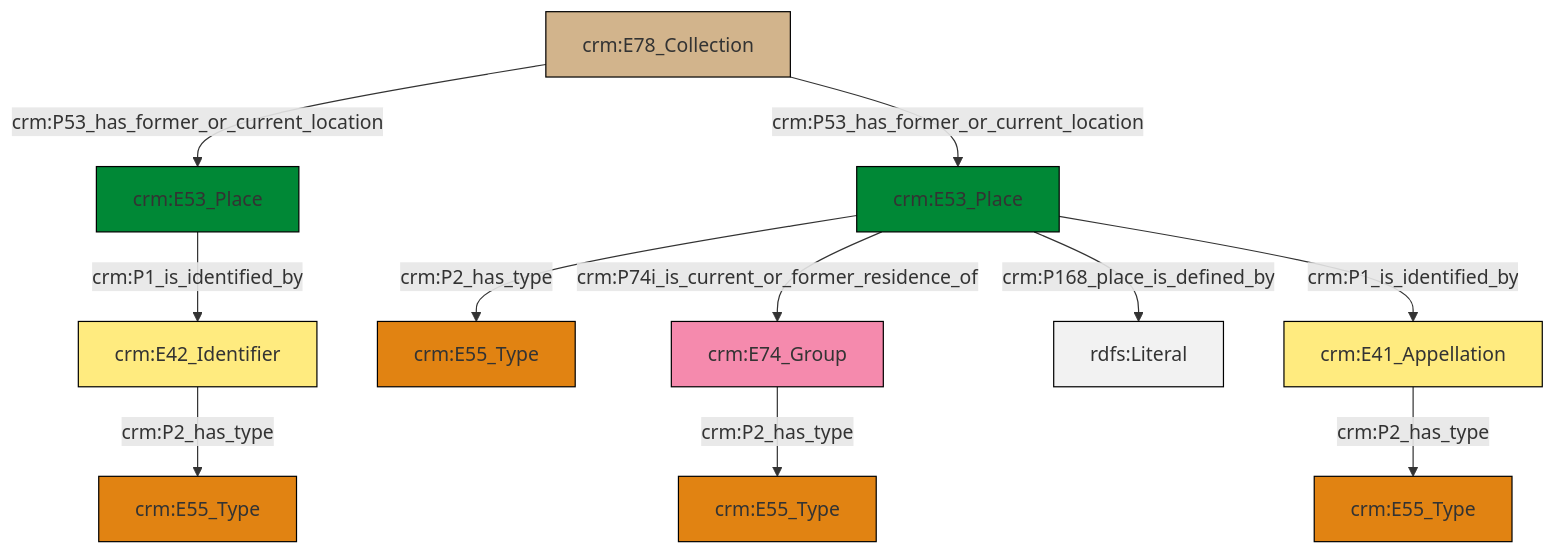
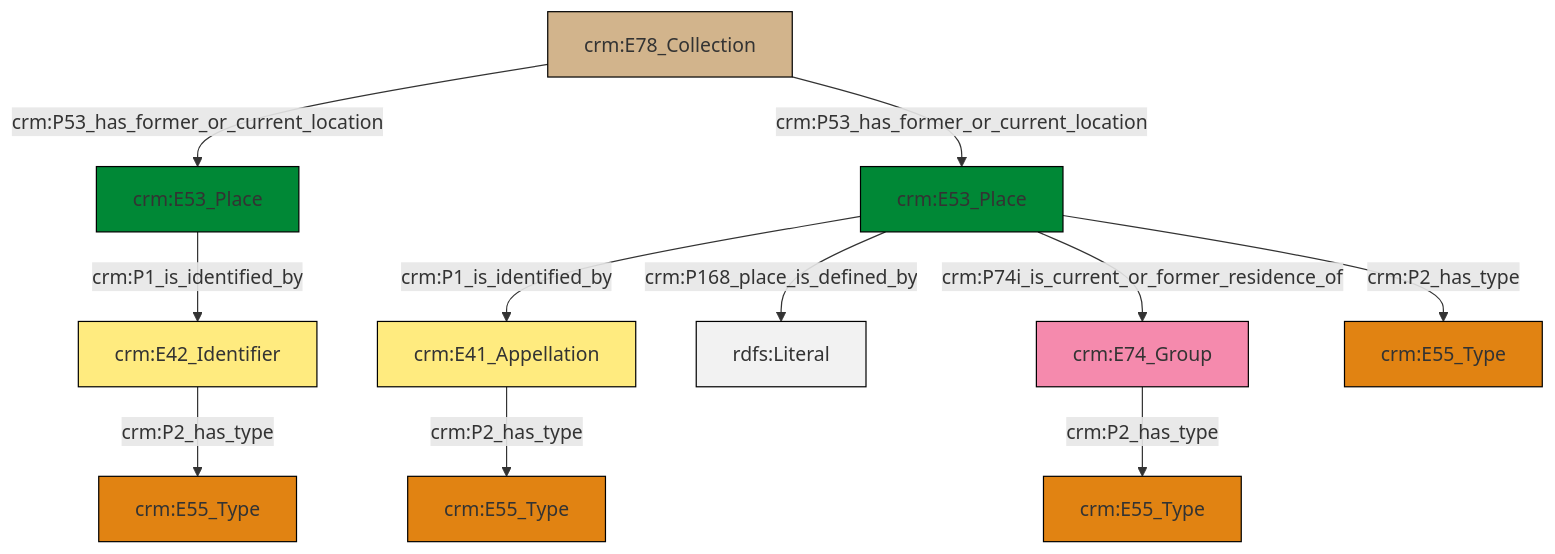
One commit to swiss-art-research-net/docs.swissartresearch changed the diagram in et/archivalCSV/ttl/mmd/archival_location.ttl.mmd. Above: the diagram before and after it, drawn with Mermaid. The commit also changed 174 other files, not shown here.

```diff
--- a/et/archivalCSV/ttl/mmd/archival_location.ttl.mmd
+++ b/et/archivalCSV/ttl/mmd/archival_location.ttl.mmd
@@ -1,25 +1,25 @@
 graph TD
 classDef Literal fill:#f2f2f2,stroke:#000000;
 classDef CRM_Entity fill:#FFFFFF,stroke:#000000;
 classDef Temporal_Entity fill:#00C9E6, stroke:#000000;
 classDef Type fill:#E18312, stroke:#000000;
 classDef Time-Span fill:#2C9C91, stroke:#000000;
 classDef Appellation fill:#FFEB7F, stroke:#000000;
 classDef Place fill:#008836, stroke:#000000;
 classDef Persistent_Item fill:#B266B2, stroke:#000000;
 classDef Conceptual_Object fill:#FFD700, stroke:#000000;
 classDef Physical_Thing fill:#D2B48C, stroke:#000000;
 classDef Actor fill:#f58aad, stroke:#000000;
 classDef PC_Classes fill:#4ce600, stroke:#000000;
 classDef Multi fill:#cccccc,stroke:#000000;
 
-0["crm:E53_Place"]:::Place -->|crm:P2_has_type| 1["crm:E55_Type"]:::Type
-0["crm:E53_Place"]:::Place -->|crm:P74i_is_current_or_former_residence_of| 4["crm:E74_Group"]:::Actor
-0["crm:E53_Place"]:::Place -->|crm:P168_place_is_defined_by| 11[rdfs:Literal]:::Literal
-7["crm:E78_Collection"]:::Physical_Thing -->|crm:P53_has_former_or_current_location| 9["crm:E53_Place"]:::Place
-9["crm:E53_Place"]:::Place -->|crm:P1_is_identified_by| 5["crm:E42_Identifier"]:::Appellation
-5["crm:E42_Identifier"]:::Appellation -->|crm:P2_has_type| 2["crm:E55_Type"]:::Type
-4["crm:E74_Group"]:::Actor -->|crm:P2_has_type| 14["crm:E55_Type"]:::Type
-7["crm:E78_Collection"]:::Physical_Thing -->|crm:P53_has_former_or_current_location| 0["crm:E53_Place"]:::Place
-0["crm:E53_Place"]:::Place -->|crm:P1_is_identified_by| 18["crm:E41_Appellation"]:::Appellation
-18["crm:E41_Appellation"]:::Appellation -->|crm:P2_has_type| 12["crm:E55_Type"]:::Type
+0["crm:E53_Place"]:::Place -->|crm:P1_is_identified_by| 1["crm:E42_Identifier"]:::Appellation
+2["crm:E78_Collection"]:::Physical_Thing -->|crm:P53_has_former_or_current_location| 0["crm:E53_Place"]:::Place
+5["crm:E53_Place"]:::Place -->|crm:P1_is_identified_by| 6["crm:E41_Appellation"]:::Appellation
+5["crm:E53_Place"]:::Place -->|crm:P168_place_is_defined_by| 11[rdfs:Literal]:::Literal
+5["crm:E53_Place"]:::Place -->|crm:P74i_is_current_or_former_residence_of| 12["crm:E74_Group"]:::Actor
+2["crm:E78_Collection"]:::Physical_Thing -->|crm:P53_has_former_or_current_location| 5["crm:E53_Place"]:::Place
+12["crm:E74_Group"]:::Actor -->|crm:P2_has_type| 9["crm:E55_Type"]:::Type
+6["crm:E41_Appellation"]:::Appellation -->|crm:P2_has_type| 7["crm:E55_Type"]:::Type
+5["crm:E53_Place"]:::Place -->|crm:P2_has_type| 20["crm:E55_Type"]:::Type
+1["crm:E42_Identifier"]:::Appellation -->|crm:P2_has_type| 3["crm:E55_Type"]:::Type
```
